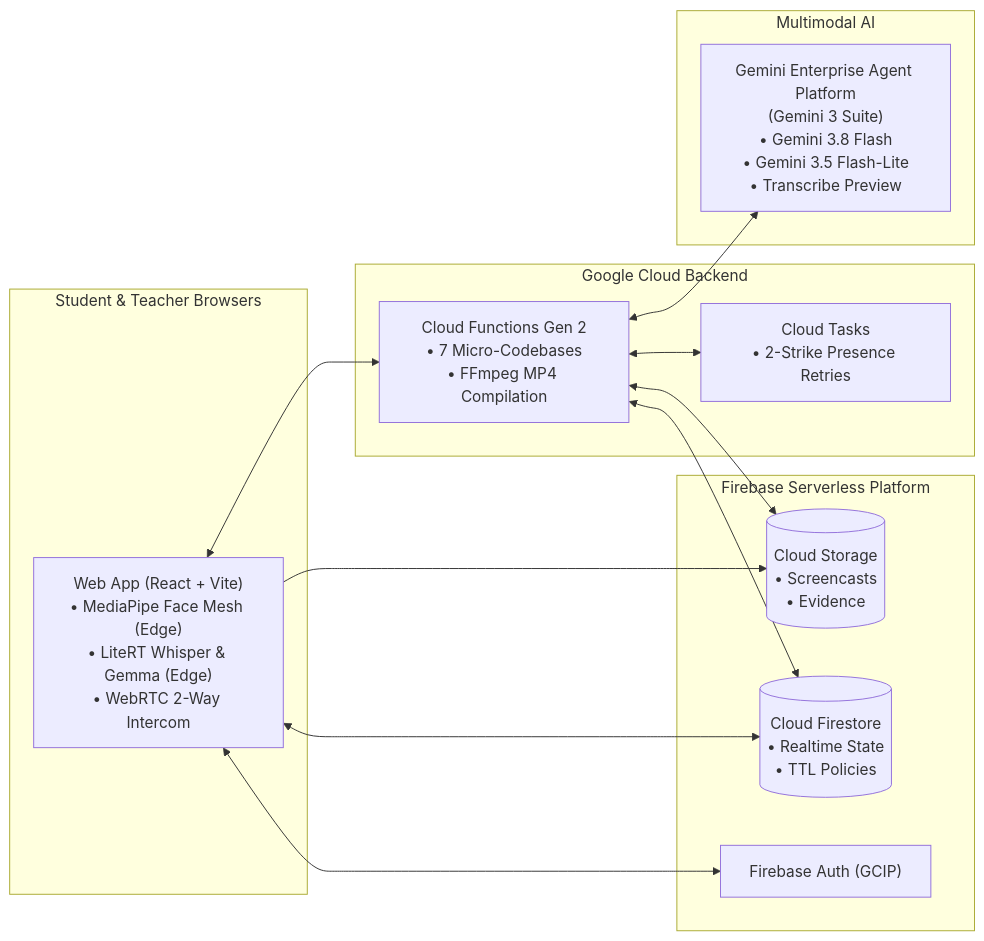
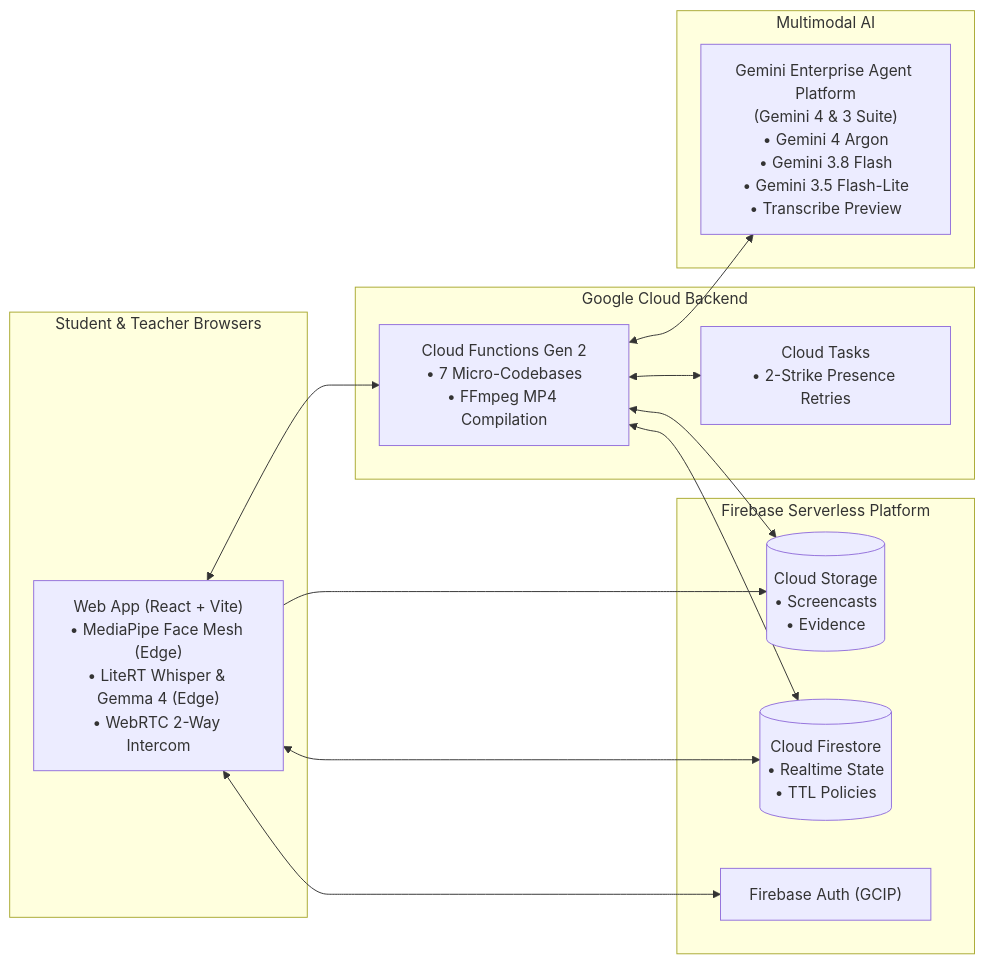
Before and after one commit to wongcyrus/Google-AI-Classroom: the diagram in README.md, drawn with Mermaid. The commit also changed other lines of this file and 51 other files, not shown here.

Commit message:
feat(ai): integrate Gemini 4 Argon (gemini-4-argon) and update docs, presentation decks, and slide images

````diff
--- a/README.md
+++ b/README.md
@@ -37,30 +37,30 @@
 ```mermaid
 graph LR
     subgraph "Student & Teacher Browsers"
-        Client["Web App (React + Vite)<br/>• MediaPipe Face Mesh (Edge)<br/>• LiteRT Whisper & Gemma (Edge)<br/>• WebRTC 2-Way Intercom"]
+        Client["Web App (React + Vite)<br/>• MediaPipe Face Mesh (Edge)<br/>• LiteRT Whisper & Gemma 4 (Edge)<br/>• WebRTC 2-Way Intercom"]
     end
 
     subgraph "Firebase Serverless Platform"
         Auth["Firebase Auth (GCIP)"]
         DB[("Cloud Firestore<br/>• Realtime State<br/>• TTL Policies")]
         GCS[("Cloud Storage<br/>• Screencasts<br/>• Evidence")]
     end
 
     subgraph "Google Cloud Backend"
         CF["Cloud Functions Gen 2<br/>• 7 Micro-Codebases<br/>• FFmpeg MP4 Compilation"]
         Tasks["Cloud Tasks<br/>• 2-Strike Presence Retries"]
     end
 
     subgraph "Multimodal AI"
-        GeminiPlatform["Gemini Enterprise Agent Platform<br/>(Gemini 3 Suite)<br/>• Gemini 3.8 Flash<br/>• Gemini 3.5 Flash-Lite<br/>• Transcribe Preview"]
+        GeminiPlatform["Gemini Enterprise Agent Platform<br/>(Gemini 4 & 3 Suite)<br/>• Gemini 4 Argon<br/>• Gemini 3.8 Flash<br/>• Gemini 3.5 Flash-Lite<br/>• Transcribe Preview"]
     end
 
     Client <--> Auth
     Client <--> DB
     Client --> GCS
     Client <--> CF
     CF <--> DB
     CF <--> GCS
     CF <--> Tasks
     CF <--> GeminiPlatform
 ```
````
